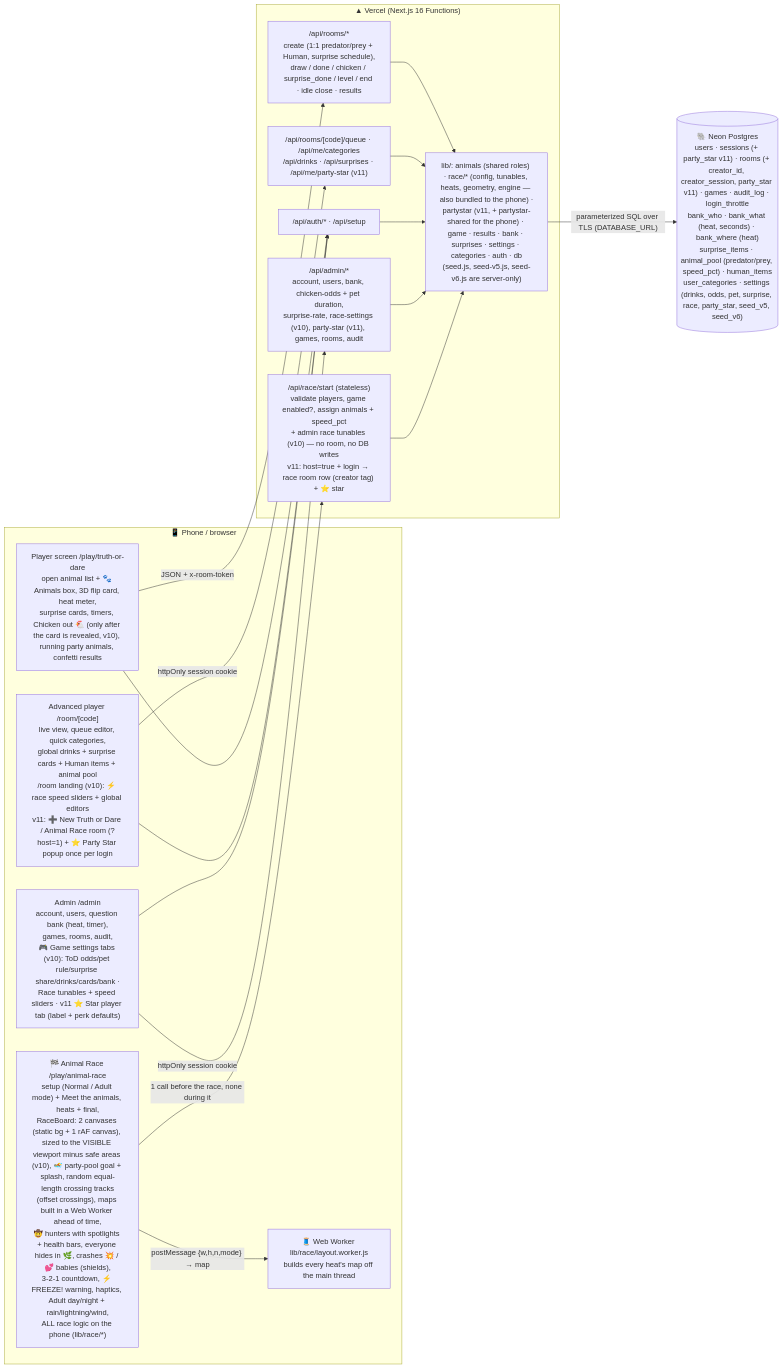
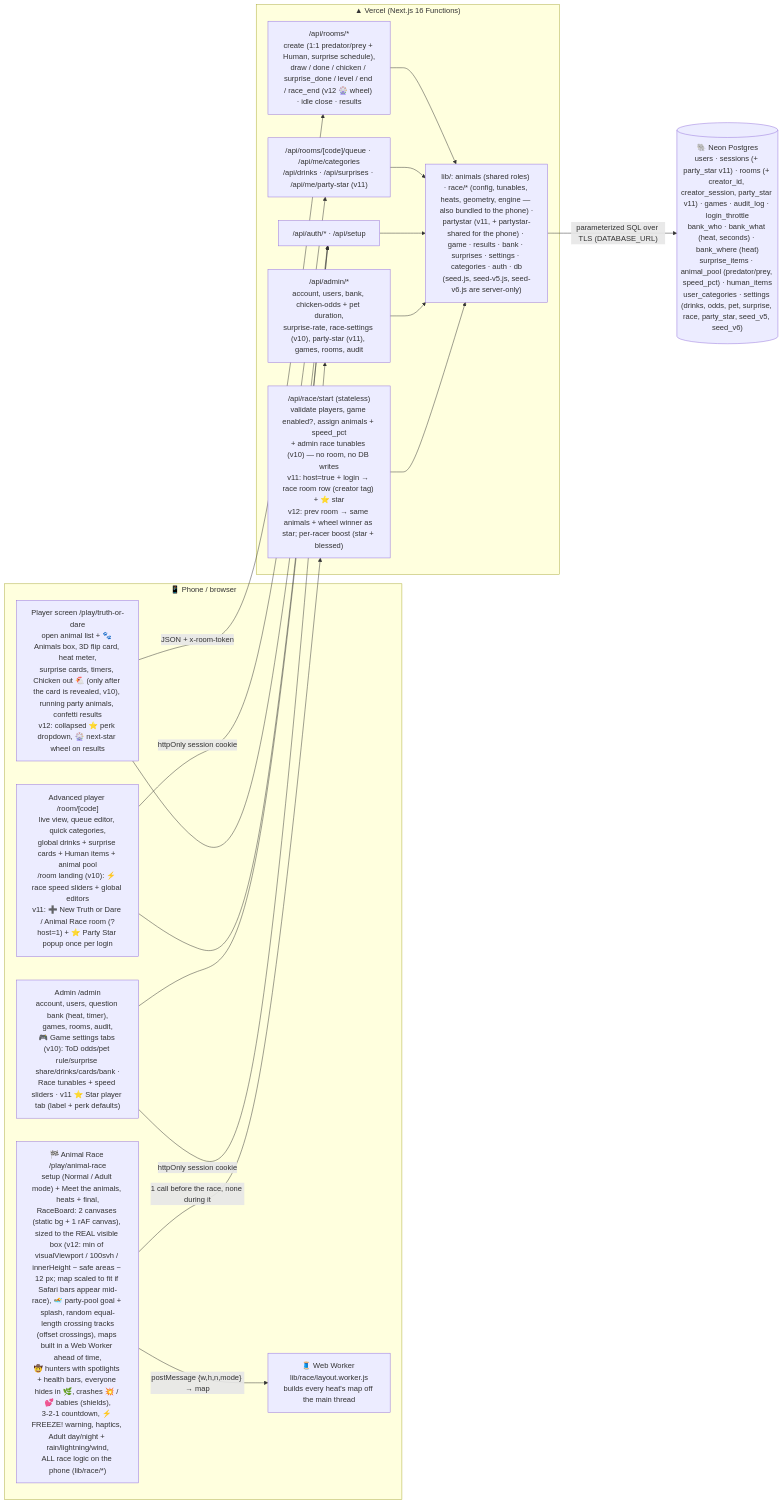
The first of 4 diagrams in ARCHITECTURE.md (chanhinterai-max/party-games), drawn with Mermaid before and after one commit. The commit also changed other lines of this file and 16 other files, not shown here.

Commit message:
v12: iPhone Safari bars fix (real visible box + scale-to-fit), collapsed Party Star dropdown, no per-card labels, blessed vs Party Star split, next-star wheel (ToD + Race) with admin weights

````diff
--- a/ARCHITECTURE.md
+++ b/ARCHITECTURE.md
@@ -7,27 +7,27 @@
 ```mermaid
 flowchart LR
   subgraph Browser["📱 Phone / browser"]
-    P["Player screen /play/truth-or-dare<br/>open animal list + 🐾 Animals box, 3D flip card, heat meter,<br/>surprise cards, timers, Chicken out 🐔 (only after the card is revealed, v10), running party animals, confetti results"]
+    P["Player screen /play/truth-or-dare<br/>open animal list + 🐾 Animals box, 3D flip card, heat meter,<br/>surprise cards, timers, Chicken out 🐔 (only after the card is revealed, v10), running party animals, confetti results<br/>v12: collapsed ⭐ perk dropdown, 🎡 next-star wheel on results"]
     A["Advanced player /room/[code]<br/>live view, queue editor, quick categories,<br/>global drinks + surprise cards + Human items + animal pool<br/>/room landing (v10): ⚡ race speed sliders + global editors<br/>v11: ➕ New Truth or Dare / Animal Race room (?host=1) + ⭐ Party Star popup once per login"]
-    RC["🏁 Animal Race /play/animal-race<br/>setup (Normal / Adult mode) + Meet the animals, heats + final,<br/>RaceBoard: 2 canvases (static bg + 1 rAF canvas), sized to the VISIBLE viewport minus safe areas (v10), 🏊 party-pool goal + splash, random equal-length crossing tracks<br/>(offset crossings), maps built in a Web Worker ahead of time,<br/>🤠 hunters with spotlights + health bars, everyone hides in 🌿, crashes 💥 / 💕 babies (shields),<br/>3-2-1 countdown, ⚡ FREEZE! warning, haptics, Adult day/night + rain/lightning/wind,<br/>ALL race logic on the phone (lib/race/*)"]
+    RC["🏁 Animal Race /play/animal-race<br/>setup (Normal / Adult mode) + Meet the animals, heats + final,<br/>RaceBoard: 2 canvases (static bg + 1 rAF canvas), sized to the REAL visible box (v12: min of visualViewport / 100svh / innerHeight − safe areas − 12 px; map scaled to fit if Safari bars appear mid-race), 🏊 party-pool goal + splash, random equal-length crossing tracks<br/>(offset crossings), maps built in a Web Worker ahead of time,<br/>🤠 hunters with spotlights + health bars, everyone hides in 🌿, crashes 💥 / 💕 babies (shields),<br/>3-2-1 countdown, ⚡ FREEZE! warning, haptics, Adult day/night + rain/lightning/wind,<br/>ALL race logic on the phone (lib/race/*)"]
     WK["🧵 Web Worker lib/race/layout.worker.js<br/>builds every heat's map off the main thread"]
     D["Admin /admin<br/>account, users, question bank (heat, timer),<br/>games, rooms, audit,<br/>🎮 Game settings tabs (v10): ToD odds/pet rule/surprise share/drinks/cards/bank ·<br/>Race tunables + speed sliders · v11 ⭐ Star player tab (label + perk defaults)"]
   end
   subgraph Vercel["▲ Vercel (Next.js 16 Functions)"]
-    R1["/api/rooms/*<br/>create (1:1 predator/prey + Human, surprise schedule),<br/>draw / done / chicken / surprise_done / level / end · idle close · results"]
+    R1["/api/rooms/*<br/>create (1:1 predator/prey + Human, surprise schedule),<br/>draw / done / chicken / surprise_done / level / end / race_end (v12 🎡 wheel) · idle close · results"]
     R2["/api/rooms/[code]/queue · /api/me/categories<br/>/api/drinks · /api/surprises · /api/me/party-star (v11)"]
     R3["/api/auth/* · /api/setup"]
-    R5["/api/race/start (stateless)<br/>validate players, game enabled?, assign animals + speed_pct<br/>+ admin race tunables (v10) — no room, no DB writes<br/>v11: host=true + login → race room row (creator tag) + ⭐ star"]
+    R5["/api/race/start (stateless)<br/>validate players, game enabled?, assign animals + speed_pct<br/>+ admin race tunables (v10) — no room, no DB writes<br/>v11: host=true + login → race room row (creator tag) + ⭐ star<br/>v12: prev room → same animals + wheel winner as star; per-racer boost (star + blessed)"]
     R4["/api/admin/*<br/>account, users, bank, chicken-odds + pet duration,<br/>surprise-rate, race-settings (v10), party-star (v11), games, rooms, audit"]
     L["lib/: animals (shared roles) · race/* (config, tunables, heats, geometry, engine — also bundled to the phone) ·<br/>partystar (v11, + partystar-shared for the phone) · game · results · bank · surprises · settings · categories · auth · db<br/>(seed.js, seed-v5.js, seed-v6.js are server-only)"]
   end
   DB[("🐘 Neon Postgres<br/>users · sessions (+ party_star v11) · rooms (+ creator_id, creator_session, party_star v11) · games · audit_log · login_throttle<br/>bank_who · bank_what (heat, seconds) · bank_where (heat)<br/>surprise_items · animal_pool (predator/prey, speed_pct) · human_items<br/>user_categories · settings (drinks, odds, pet, surprise, race, party_star, seed_v5, seed_v6)")]
   P -- "JSON + x-room-token" --> R1
   A -- "httpOnly session cookie" --> R2
   D -- "httpOnly session cookie" --> R4
   RC -- "1 call before the race, none during it" --> R5
   RC -- "postMessage {w,h,n,mode} → map" --> WK
   P & A & D --> R3
   R1 & R2 & R3 & R4 & R5 --> L
   L -- "parameterized SQL over TLS (DATABASE_URL)" --> DB
 ```
````
